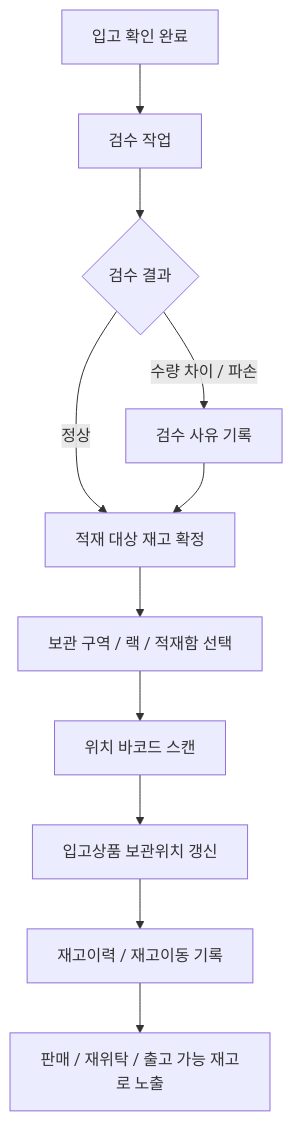
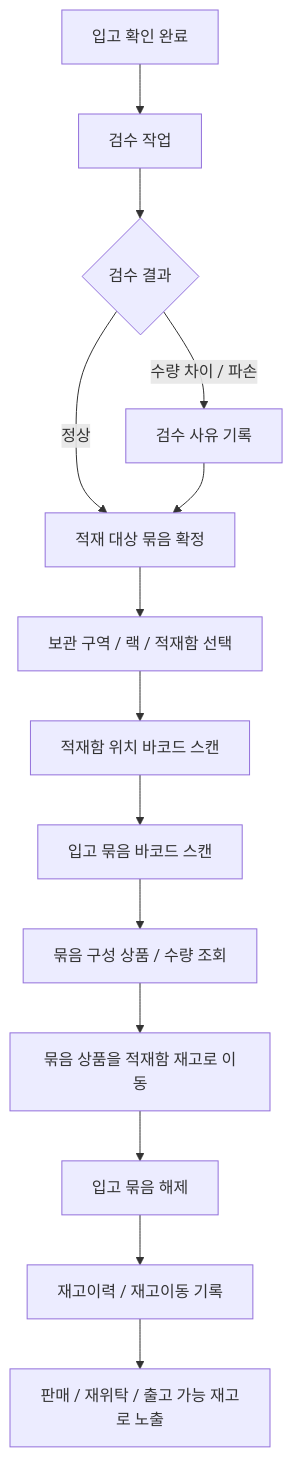
Before and after one commit to cheolwo/hongdal: the second of 5 diagrams in docs/ProjectOverview/warehouse-flows.md, drawn with Mermaid. The commit also changed other lines of this file and 177 other files, not shown here.

````diff
--- a/docs/ProjectOverview/warehouse-flows.md
+++ b/docs/ProjectOverview/warehouse-flows.md
@@ -33,13 +43,16 @@
 ```mermaid
 flowchart TD
     A["입고 확인 완료"] --> B["검수 작업"]
     B --> C{"검수 결과"}
-    C -->|정상| D["적재 대상 재고 확정"]
+    C -->|정상| D["적재 대상 묶음 확정"]
     C -->|수량 차이 / 파손| E["검수 사유 기록"]
     E --> D
     D --> F["보관 구역 / 랙 / 적재함 선택"]
-    F --> G["위치 바코드 스캔"]
-    G --> H["입고상품 보관위치 갱신"]
-    H --> I["재고이력 / 재고이동 기록"]
-    I --> J["판매 / 재위탁 / 출고 가능 재고로 노출"]
+    F --> G["적재함 위치 바코드 스캔"]
+    G --> H["입고 묶음 바코드 스캔"]
+    H --> I["묶음 구성 상품 / 수량 조회"]
+    I --> J["묶음 상품을 적재함 재고로 이동"]
+    J --> K["입고 묶음 해제"]
+    K --> L["재고이력 / 재고이동 기록"]
+    L --> M["판매 / 재위탁 / 출고 가능 재고로 노출"]
 ```
````
